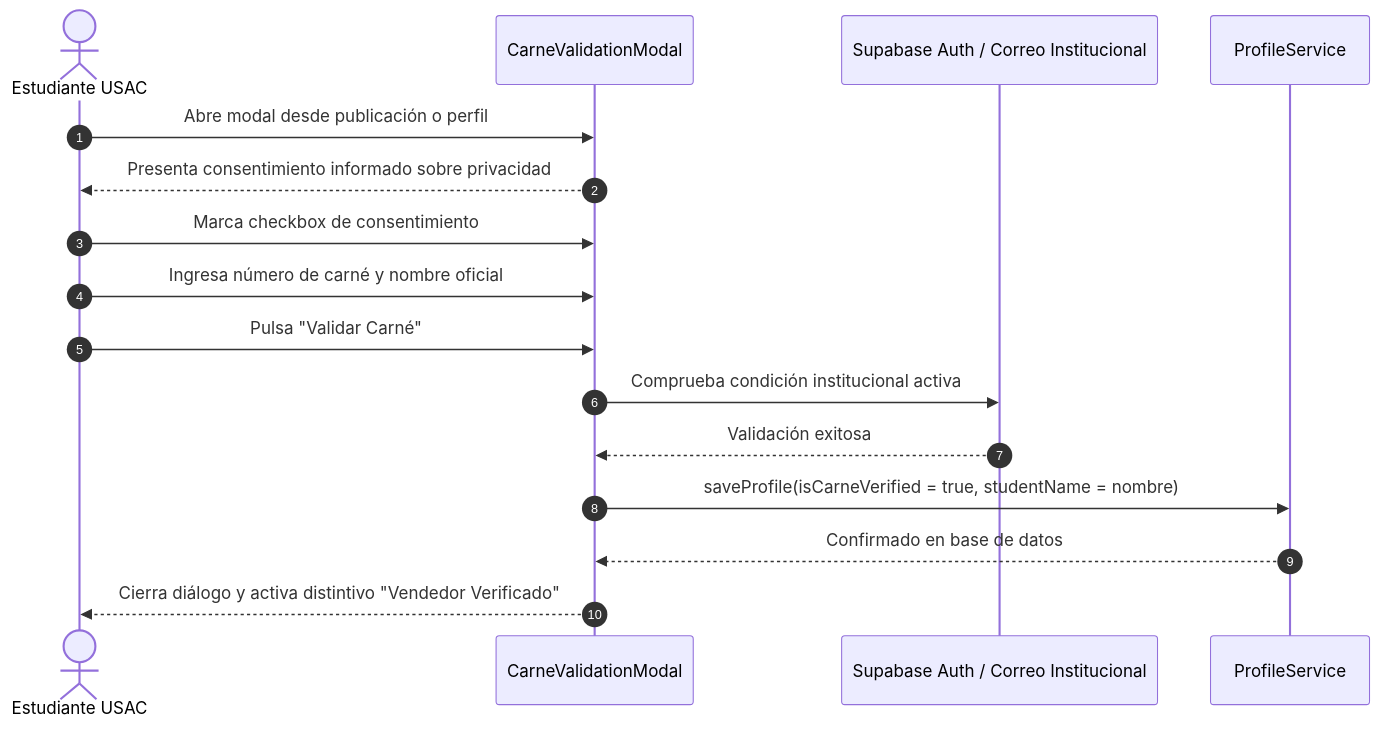
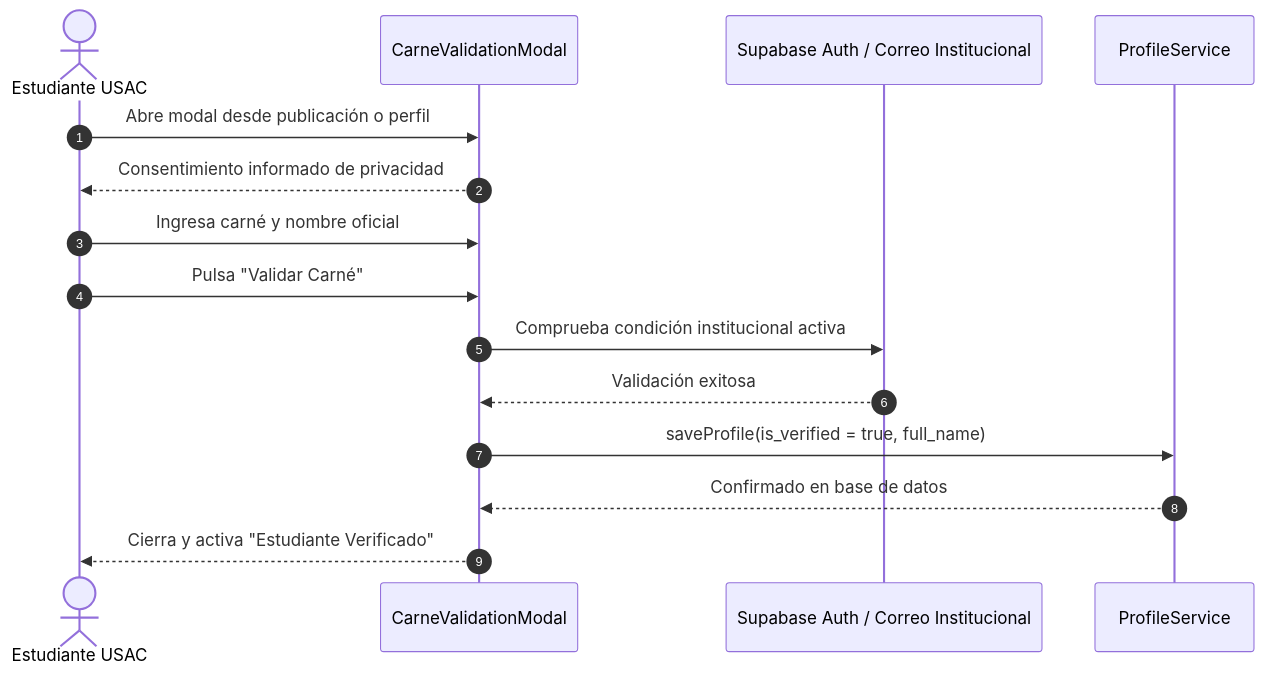
The fifth of 5 diagrams in docs/ux/04-marketplace.md (Trebol4Devop/Comunidad_USAC), drawn with Mermaid before and after one commit. The commit also changed other lines of this file, not shown here.

````diff
--- a/docs/ux/04-marketplace.md
+++ b/docs/ux/04-marketplace.md
@@ -587,19 +1742,18 @@
 ```mermaid
 sequenceDiagram
     autonumber
     actor Estudiante as Estudiante USAC
     participant UI as CarneValidationModal
     participant Auth as Supabase Auth / Correo Institucional
     participant Profile as ProfileService
 
     Estudiante->>UI: Abre modal desde publicación o perfil
-    UI-->>Estudiante: Presenta consentimiento informado sobre privacidad
-    Estudiante->>UI: Marca checkbox de consentimiento
-    Estudiante->>UI: Ingresa número de carné y nombre oficial
+    UI-->>Estudiante: Consentimiento informado de privacidad
+    Estudiante->>UI: Ingresa carné y nombre oficial
     Estudiante->>UI: Pulsa "Validar Carné"
     UI->>Auth: Comprueba condición institucional activa
     Auth-->>UI: Validación exitosa
-    UI->>Profile: saveProfile(isCarneVerified = true, studentName = nombre)
+    UI->>Profile: saveProfile(is_verified = true, full_name)
     Profile-->>UI: Confirmado en base de datos
-    UI-->>Estudiante: Cierra diálogo y activa distintivo "Vendedor Verificado"
+    UI-->>Estudiante: Cierra y activa "Estudiante Verificado"
 ```
````
